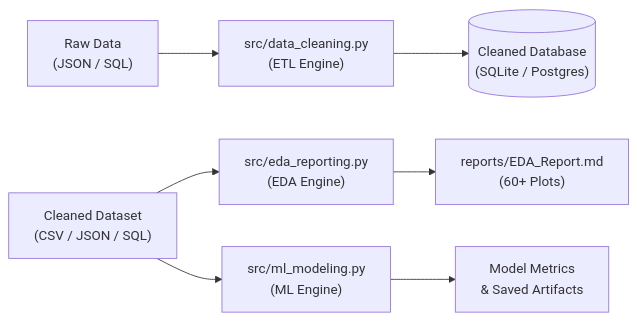
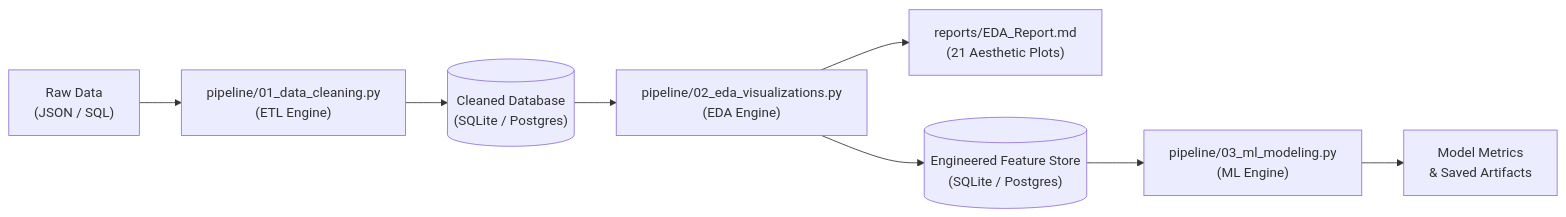
The second of 2 diagrams in README.md (NotCatfish/Spotify-Analytics-Pipeline), drawn with Mermaid before and after one commit. The commit also changed other lines of this file and 20 other files, not shown here.

````diff
--- a/README.md
+++ b/README.md
@@ -49,11 +52,11 @@
 ```mermaid
 flowchart LR
-    A["Raw Data<br/>(JSON / SQL)"] --> B["src/data_cleaning.py<br/>(ETL Engine)"]
+    A["Raw Data<br/>(JSON / SQL)"] --> B["pipeline/01_data_cleaning.py<br/>(ETL Engine)"]
     B --> C[("Cleaned Database<br/>(SQLite / Postgres)")]
     
-    D["Cleaned Dataset<br/>(CSV / JSON / SQL)"] --> E["src/eda_reporting.py<br/>(EDA Engine)"]
-    D --> F["src/ml_modeling.py<br/>(ML Engine)"]
-    
-    E --> G["reports/EDA_Report.md<br/>(60+ Plots)"]
-    F --> H["Model Metrics<br/>& Saved Artifacts"]
+    C --> D["pipeline/02_eda_visualizations.py<br/>(EDA Engine)"]
+    D --> E["reports/EDA_Report.md<br/>(21 Aesthetic Plots)"]
+    D --> F[("Engineered Feature Store<br/>(SQLite / Postgres)")]
+    F --> G["pipeline/03_ml_modeling.py<br/>(ML Engine)"]
+    G --> H["Model Metrics<br/>& Saved Artifacts"]
 ```
````
